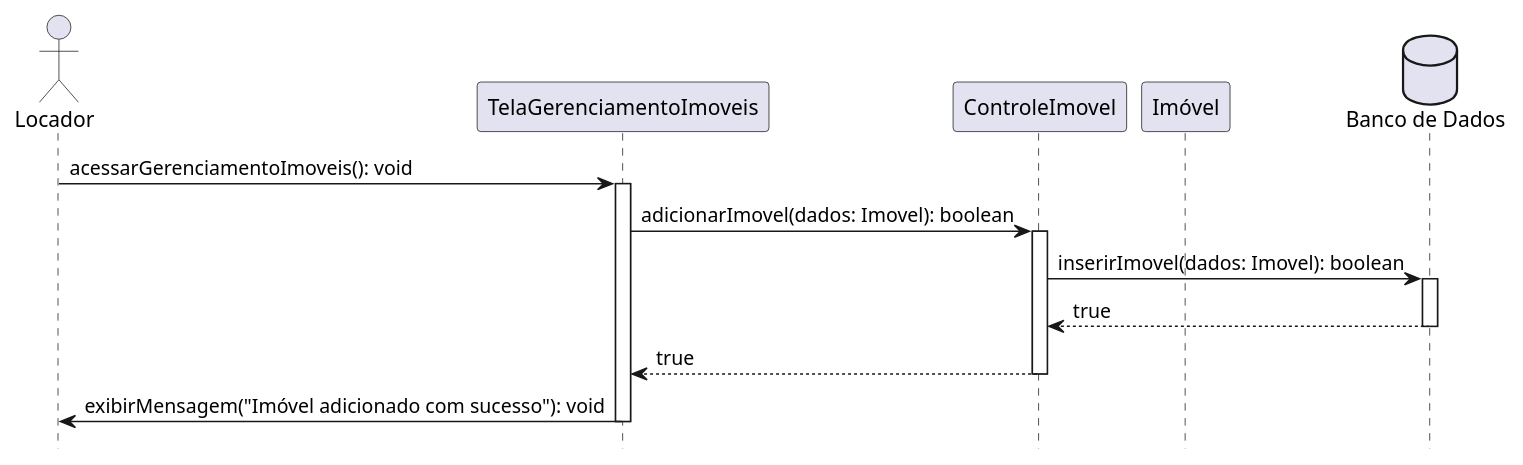
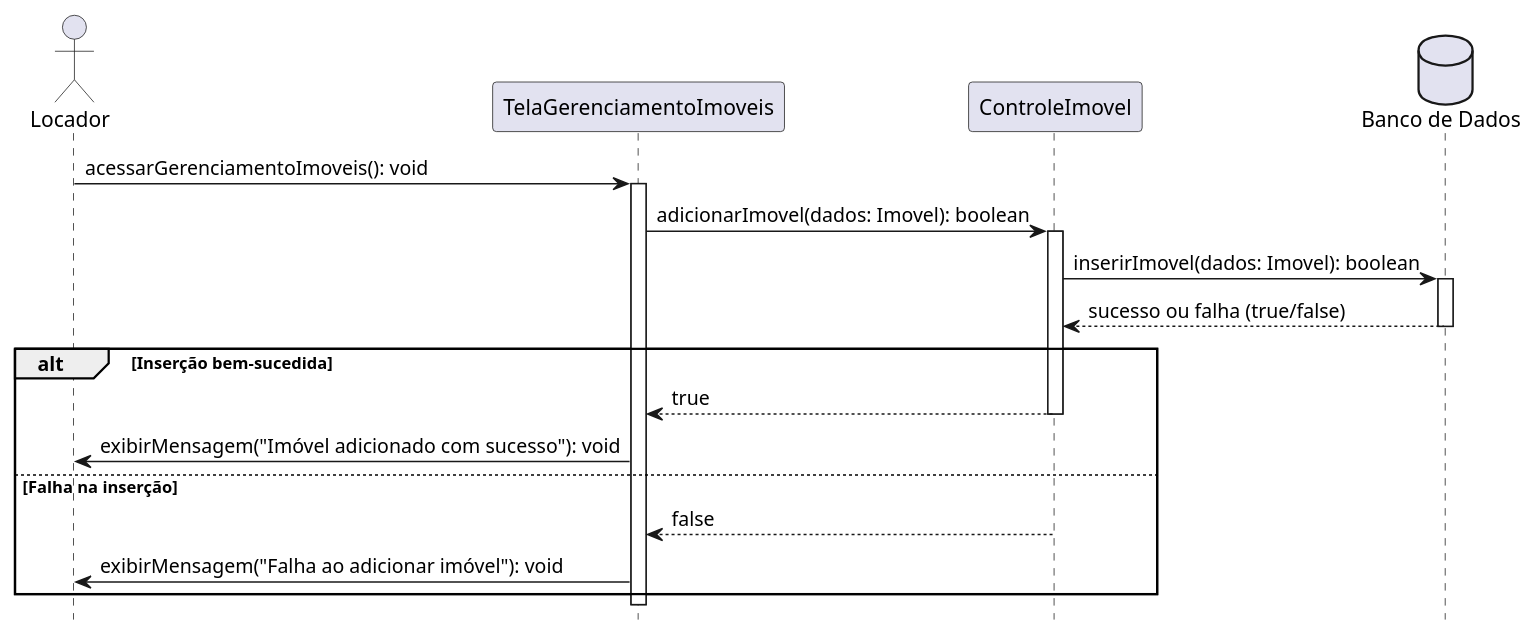
The diagram in sequencialocadorADICIONAR.iuml (clarameira/SistemaImoveis), drawn with PlantUML before and after one commit. The commit also changed 3 other files, not shown here.

Commit message:
Diagramas de Sequencia de Locador com Fluxo Alternativo

```diff
--- a/sequencialocadorADICIONAR.iuml
+++ b/sequencialocadorADICIONAR.iuml
@@ -1,27 +1,33 @@
 @startuml "Adicionar Imóvel"
 hide footbox
 
 actor Locador as locador
 participant "TelaGerenciamentoImoveis" as tela_gerenciamento
 participant "ControleImovel" as controle_imoveis
-participant "Imóvel" as imovel
 database "Banco de Dados" as bd
 
 locador -> tela_gerenciamento: acessarGerenciamentoImoveis(): void
 activate tela_gerenciamento
+
 tela_gerenciamento -> controle_imoveis: adicionarImovel(dados: Imovel): boolean
 activate controle_imoveis
 
 controle_imoveis -> bd: inserirImovel(dados: Imovel): boolean
 activate bd
-bd --> controle_imoveis: true
+
+bd --> controle_imoveis: sucesso ou falha (true/false)
 deactivate bd
-deactivate imovel
 
-controle_imoveis --> tela_gerenciamento: true
-deactivate controle_imoveis
+alt Inserção bem-sucedida
+    controle_imoveis --> tela_gerenciamento: true
+    deactivate controle_imoveis
+    tela_gerenciamento -> locador: exibirMensagem("Imóvel adicionado com sucesso"): void
+else Falha na inserção
+    controle_imoveis --> tela_gerenciamento: false
+    deactivate controle_imoveis
+    tela_gerenciamento -> locador: exibirMensagem("Falha ao adicionar imóvel"): void
+end
 
-tela_gerenciamento -> locador: exibirMensagem("Imóvel adicionado com sucesso"): void
 deactivate tela_gerenciamento
 
 @enduml
```
